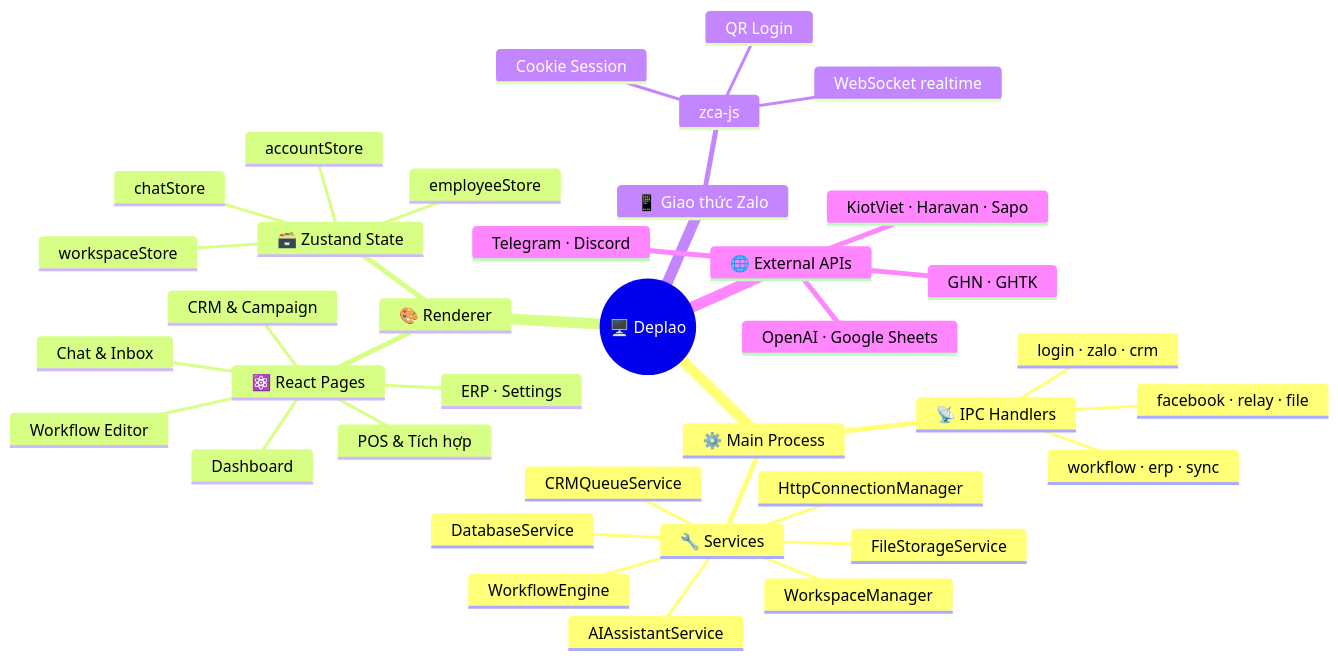
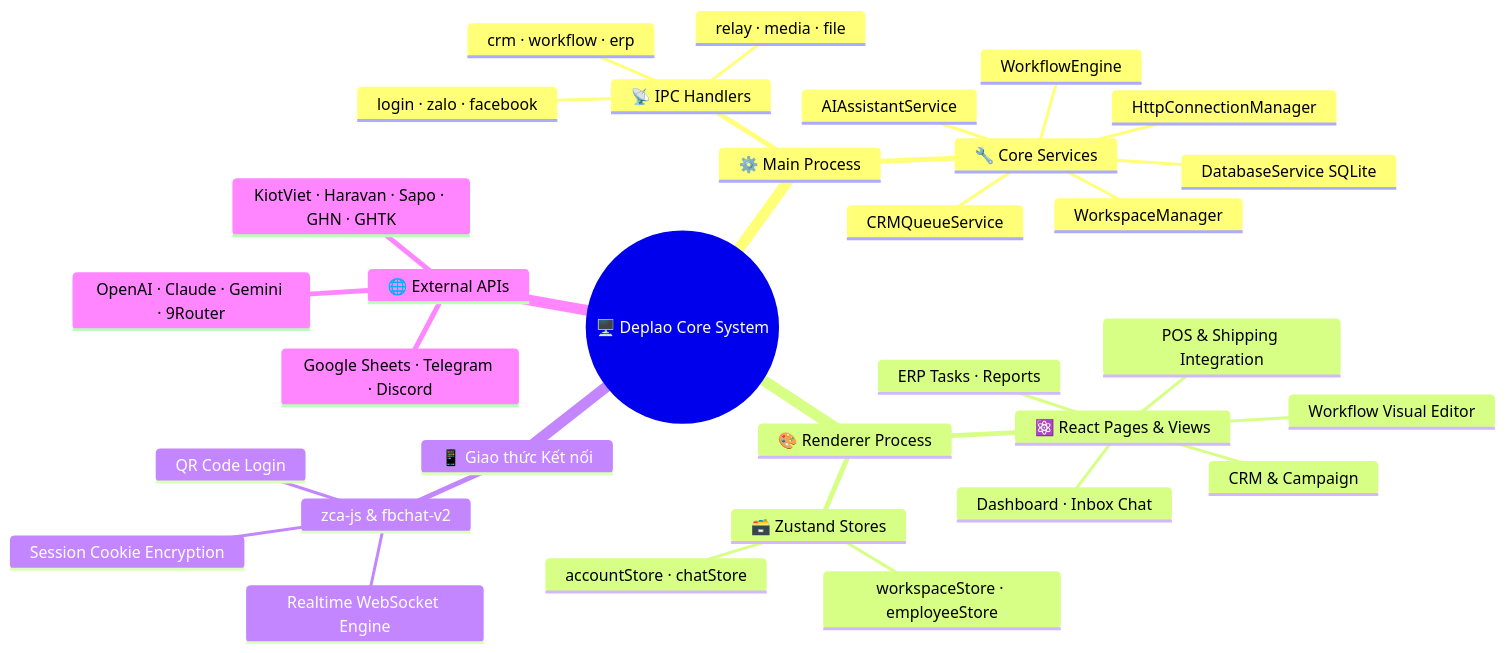
Before and after one commit to longlo2k3/deplao: the second of 4 diagrams in README.md, drawn with Mermaid. The commit also changed other lines of this file and 15 other files, not shown here.

````diff
--- a/README.md
+++ b/README.md
@@ -238,40 +302,35 @@
 ```mermaid
 mindmap
-  root((🖥️ Deplao))
+  root((🖥️ Deplao Core System))
     ⚙️ Main Process
       📡 IPC Handlers
-        login · zalo · crm
-        workflow · erp · sync
-        facebook · relay · file
-      🔧 Services
-        DatabaseService
+        login · zalo · facebook
+        crm · workflow · erp
+        relay · media · file
+      🔧 Core Services
+        DatabaseService SQLite
         WorkspaceManager
         WorkflowEngine
         CRMQueueService
         HttpConnectionManager
-        FileStorageService
         AIAssistantService
-    🎨 Renderer
-      ⚛️ React Pages
-        Dashboard
-        Chat & Inbox
+    🎨 Renderer Process
+      ⚛️ React Pages & Views
+        Dashboard · Inbox Chat
         CRM & Campaign
-        Workflow Editor
-        POS & Tích hợp
-        ERP · Settings
-      🗃️ Zustand State
-        accountStore
-        chatStore
-        workspaceStore
-        employeeStore
-    📱 Giao thức Zalo
-      zca-js
-        QR Login
-        Cookie Session
-        WebSocket realtime
+        Workflow Visual Editor
+        POS & Shipping Integration
+        ERP Tasks · Reports
+      🗃️ Zustand Stores
+        accountStore · chatStore
+        workspaceStore · employeeStore
+    📱 Giao thức Kết nối
+      zca-js & fbchat-v2
+        QR Code Login
+        Session Cookie Encryption
+        Realtime WebSocket Engine
     🌐 External APIs
-      OpenAI · Google Sheets
-      Telegram · Discord
-      KiotViet · Haravan · Sapo
-      GHN · GHTK
+      OpenAI · Claude · Gemini · 9Router
+      Google Sheets · Telegram · Discord
+      KiotViet · Haravan · Sapo · GHN · GHTK
 ```
````
